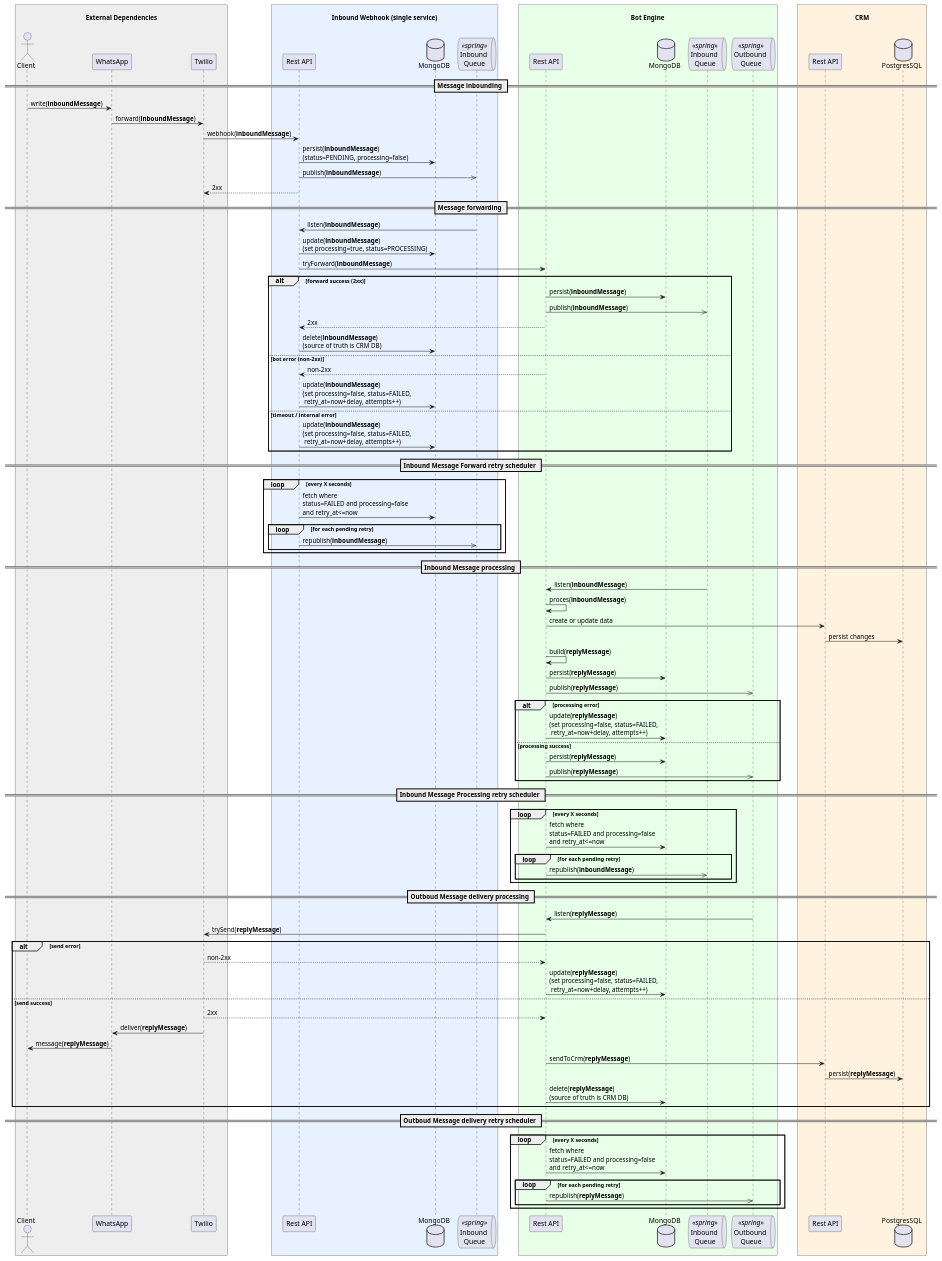
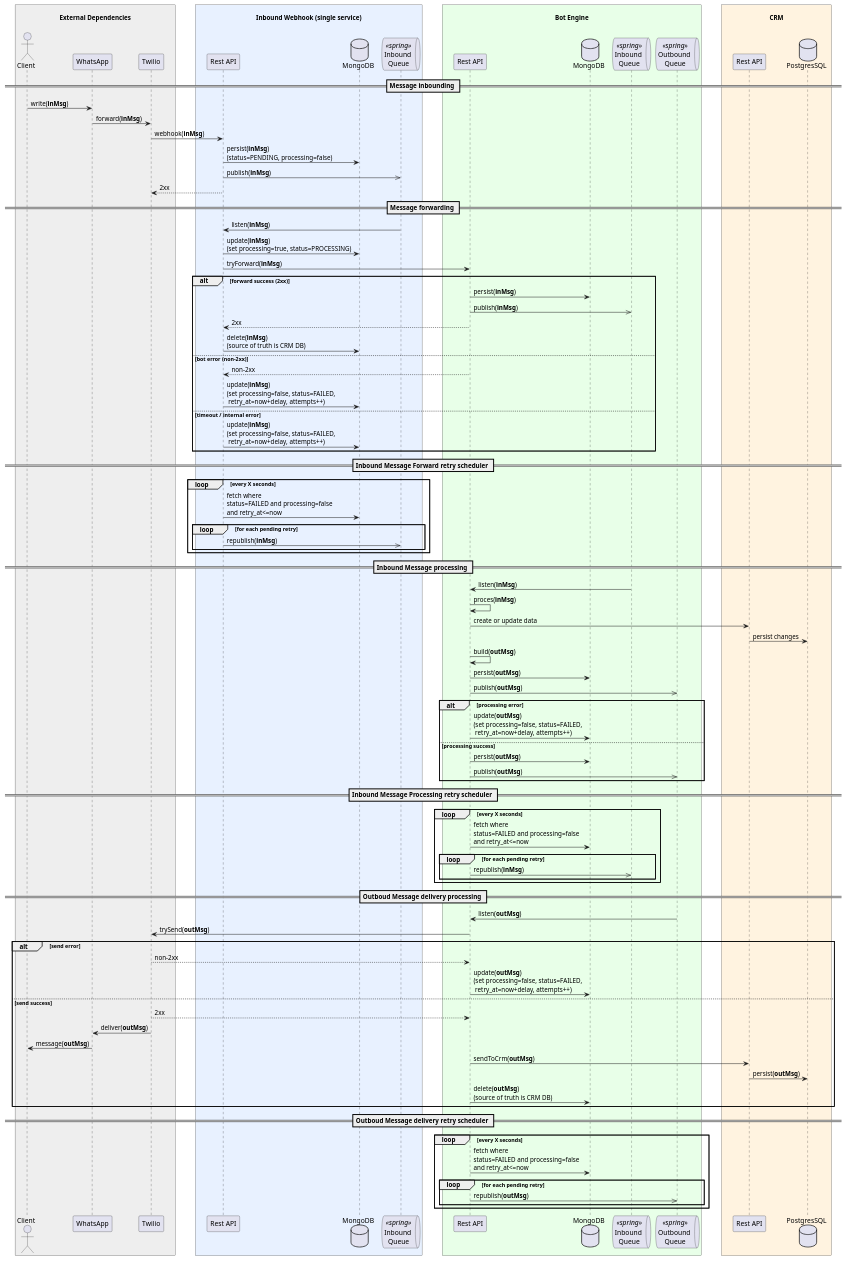
The diagram in README.md (luizlab1/crm), drawn with PlantUML before and after one commit. The commit also changed other lines of this file, not shown here.

```diff
--- a/README.md
+++ b/README.md
@@ -46,90 +46,90 @@
 end box
 
 == Message inbounding ==
-client -> whatsapp : write(<b>inboundMessage</b>)
-whatsapp -> twilio : forward(<b>inboundMessage</b>)
-twilio -> webhookApi : webhook(<b>inboundMessage</b>)
+client -> whatsapp : write(<b>inMsg</b>)
+whatsapp -> twilio : forward(<b>inMsg</b>)
+twilio -> webhookApi : webhook(<b>inMsg</b>)
 
-webhookApi -> webhookDb : persist(<b>inboundMessage</b>)\n(status=PENDING, processing=false)
-webhookApi ->> inboundQueue : publish(<b>inboundMessage</b>)
+webhookApi -> webhookDb : persist(<b>inMsg</b>)\n(status=PENDING, processing=false)
+webhookApi ->> inboundQueue : publish(<b>inMsg</b>)
 webhookApi --> twilio : 2xx
 
 == Message forwarding ==
-webhookApi <- inboundQueue : listen(<b>inboundMessage</b>)
-webhookApi -> webhookDb : update(<b>inboundMessage</b>)\n(set processing=true, status=PROCESSING)
+webhookApi <- inboundQueue : listen(<b>inMsg</b>)
+webhookApi -> webhookDb : update(<b>inMsg</b>)\n(set processing=true, status=PROCESSING)
 
-webhookApi -> botApi : tryForward(<b>inboundMessage</b>)
+webhookApi -> botApi : tryForward(<b>inMsg</b>)
 
 alt forward success (2xx)
-  botApi -> botDb : persist(<b>inboundMessage</b>)
-  botApi ->> botInboundQueue : publish(<b>inboundMessage</b>)
+  botApi -> botDb : persist(<b>inMsg</b>)
+  botApi ->> botInboundQueue : publish(<b>inMsg</b>)
   botApi --> webhookApi : 2xx
-  webhookApi -> webhookDb : delete(<b>inboundMessage</b>)\n(source of truth is CRM DB)
+  webhookApi -> webhookDb : delete(<b>inMsg</b>)\n(source of truth is CRM DB)
 
 else bot error (non-2xx)
   botApi --> webhookApi : non-2xx
-  webhookApi -> webhookDb : update(<b>inboundMessage</b>)\n(set processing=false, status=FAILED,\n retry_at=now+delay, attempts++)
+  webhookApi -> webhookDb : update(<b>inMsg</b>)\n(set processing=false, status=FAILED,\n retry_at=now+delay, attempts++)
 
 else timeout / internal error
-  webhookApi -> webhookDb : update(<b>inboundMessage</b>)\n(set processing=false, status=FAILED,\n retry_at=now+delay, attempts++)
+  webhookApi -> webhookDb : update(<b>inMsg</b>)\n(set processing=false, status=FAILED,\n retry_at=now+delay, attempts++)
 end
 
 == Inbound Message Forward retry scheduler ==
 loop every X seconds
   webhookApi -> webhookDb : fetch where\nstatus=FAILED and processing=false\nand retry_at<=now
   loop for each pending retry
-    webhookApi ->> inboundQueue : republish(<b>inboundMessage</b>)
+    webhookApi ->> inboundQueue : republish(<b>inMsg</b>)
   end
 end
 
 == Inbound Message processing ==
-botApi <- botInboundQueue : listen(<b>inboundMessage</b>)
-botApi -> botApi : proces(<b>inboundMessage</b>)
+botApi <- botInboundQueue : listen(<b>inMsg</b>)
+botApi -> botApi : proces(<b>inMsg</b>)
 botApi -> crmApi : create or update data
 crmApi -> crmDb : persist changes
   
-botApi -> botApi : build(<b>replyMessage</b>)
-botApi -> botDb : persist(<b>replyMessage</b>)
-botApi ->> outboundQueue : publish(<b>replyMessage</b>)
+botApi -> botApi : build(<b>outMsg</b>)
+botApi -> botDb : persist(<b>outMsg</b>)
+botApi ->> outboundQueue : publish(<b>outMsg</b>)
 
 alt processing error
-  botApi -> botDb : update(<b>replyMessage</b>)\n(set processing=false, status=FAILED,\n retry_at=now+delay, attempts++)
+  botApi -> botDb : update(<b>outMsg</b>)\n(set processing=false, status=FAILED,\n retry_at=now+delay, attempts++)
 else processing success
-  botApi -> botDb : persist(<b>replyMessage</b>)
-  botApi ->> outboundQueue : publish(<b>replyMessage</b>)
+  botApi -> botDb : persist(<b>outMsg</b>)
+  botApi ->> outboundQueue : publish(<b>outMsg</b>)
 end
 
 == Inbound Message Processing retry scheduler ==
 loop every X seconds
   botApi -> botDb : fetch where\nstatus=FAILED and processing=false\nand retry_at<=now
   loop for each pending retry
-    botApi ->> botInboundQueue : republish(<b>inboundMessage</b>) 
+    botApi ->> botInboundQueue : republish(<b>inMsg</b>) 
   end
 end
 
 == Outboud Message delivery processing ==
-botApi <- outboundQueue : listen(<b>replyMessage</b>)
-botApi -> twilio : trySend(<b>replyMessage</b>) 
+botApi <- outboundQueue : listen(<b>outMsg</b>)
+botApi -> twilio : trySend(<b>outMsg</b>) 
 
 alt send error
   twilio --> botApi : non-2xx
-  botApi -> botDb : update(<b>replyMessage</b>)\n(set processing=false, status=FAILED,\n retry_at=now+delay, attempts++)
+  botApi -> botDb : update(<b>outMsg</b>)\n(set processing=false, status=FAILED,\n retry_at=now+delay, attempts++)
 
 else send success
   twilio --> botApi : 2xx
-  twilio -> whatsapp : deliver(<b>replyMessage</b>)
-  whatsapp -> client : message(<b>replyMessage</b>)
-  botApi -> crmApi : sendToCrm(<b>replyMessage</b>) 
+  twilio -> whatsapp : deliver(<b>outMsg</b>)
+  whatsapp -> client : message(<b>outMsg</b>)
+  botApi -> crmApi : sendToCrm(<b>outMsg</b>) 
  
-  crmApi -> crmDb : persist(<b>replyMessage</b>)
-  botApi -> botDb : delete(<b>replyMessage</b>)\n(source of truth is CRM DB)
+  crmApi -> crmDb : persist(<b>outMsg</b>)
+  botApi -> botDb : delete(<b>outMsg</b>)\n(source of truth is CRM DB)
 end
 
 == Outboud Message delivery retry scheduler ==
 loop every X seconds
   botApi -> botDb : fetch where\nstatus=FAILED and processing=false\nand retry_at<=now
   loop for each pending retry
-    botApi ->> outboundQueue : republish(<b>replyMessage</b>)
+    botApi ->> outboundQueue : republish(<b>outMsg</b>)
   end
 end
 
```
